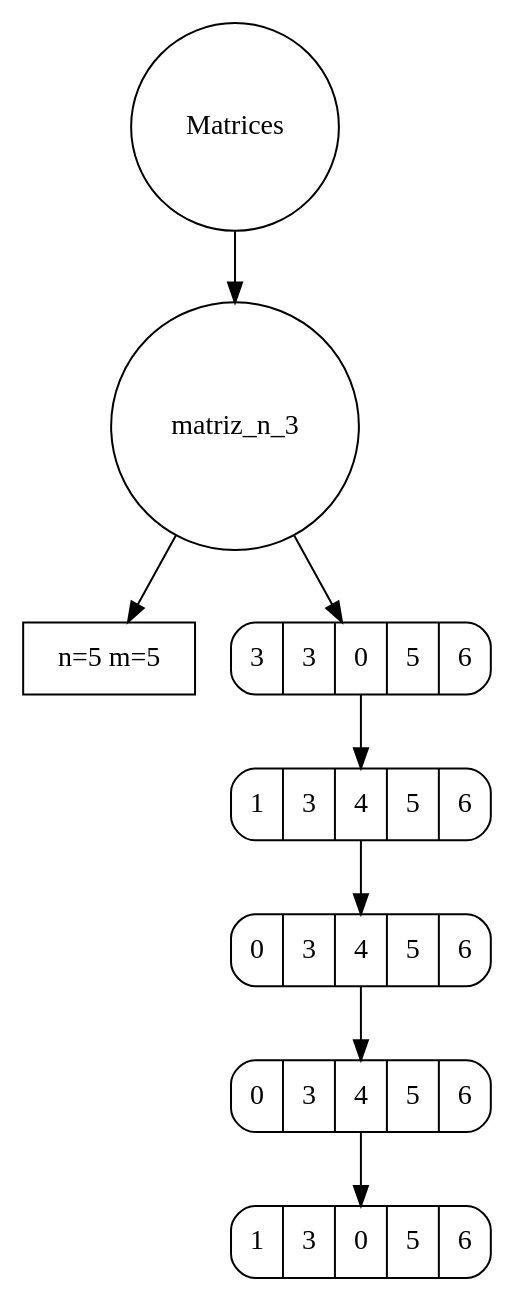
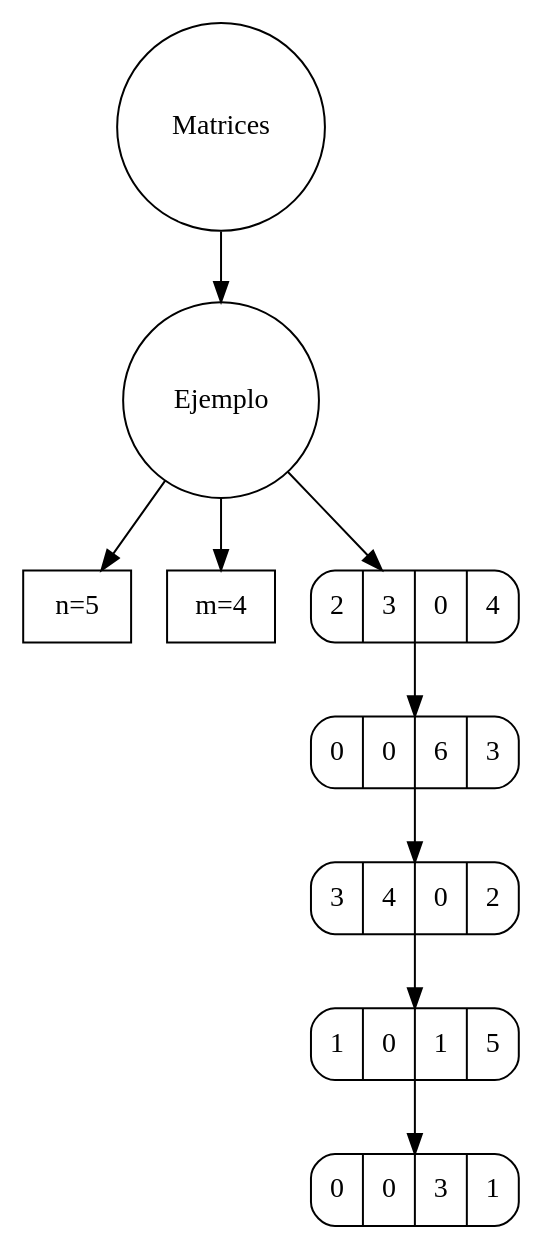
One commit to jeach27/IPC2_Proyecto1_201903873 changed the diagram in grafo.dot. Above: the diagram before and after it, drawn with Graphviz. The commit also changed 6 other files, not shown here.

```diff
--- a/grafo.dot
+++ b/grafo.dot
@@ -1,17 +1,19 @@
 digraph G{
 A[label="Matrices", shape="circle"]
-<lista.Nodo object at 0x0000018BB666BFD0>[label="matriz_n_3",shape="circle"]
-55[label="n=5 m=5",shape="box"]
-055[label="{ { 3 | 3 | 0 | 5 | 6 } }",shape="Mrecord"]
-155[label="{ { 1 | 3 | 4 | 5 | 6 } }",shape="Mrecord"]
-255[label="{ { 0 | 3 | 4 | 5 | 6 } }",shape="Mrecord"]
-355[label="{ { 0 | 3 | 4 | 5 | 6 } }",shape="Mrecord"]
-455[label="{ { 1 | 3 | 0 | 5 | 6 } }",shape="Mrecord"]
-A-><lista.Nodo object at 0x0000018BB666BFD0>
-<lista.Nodo object at 0x0000018BB666BFD0>->55
-<lista.Nodo object at 0x0000018BB666BFD0>->055
-055->155
-155->255
-255->355
-355->455
+<lista.Nodo object at 0x0000021CFFD5DAF0>[label="Ejemplo",shape="circle"]
+5[label="n=5",shape="box"]
+4[label="m=4",shape="box"]
+045[label="{ { 2 | 3 | 0 | 4 } }",shape="Mrecord"]
+145[label="{ { 0 | 0 | 6 | 3 } }",shape="Mrecord"]
+245[label="{ { 3 | 4 | 0 | 2 } }",shape="Mrecord"]
+345[label="{ { 1 | 0 | 1 | 5 } }",shape="Mrecord"]
+445[label="{ { 0 | 0 | 3 | 1 } }",shape="Mrecord"]
+A-><lista.Nodo object at 0x0000021CFFD5DAF0>
+<lista.Nodo object at 0x0000021CFFD5DAF0>->5
+<lista.Nodo object at 0x0000021CFFD5DAF0>->4
+<lista.Nodo object at 0x0000021CFFD5DAF0>->045
+045->145
+145->245
+245->345
+345->445
 }
```
